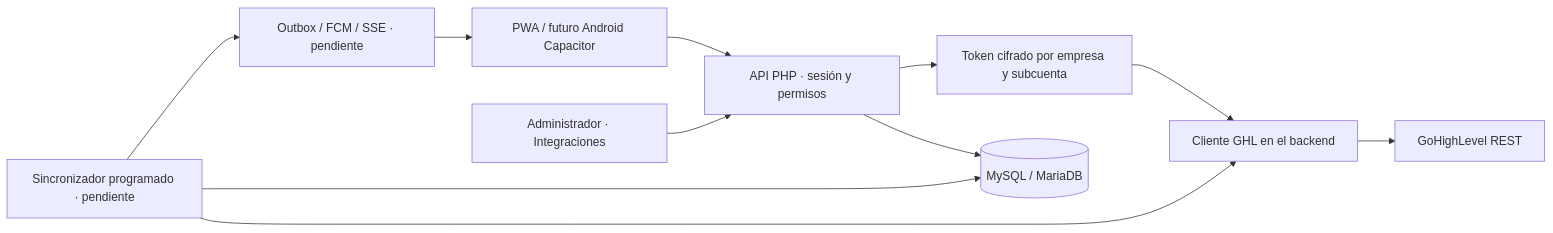
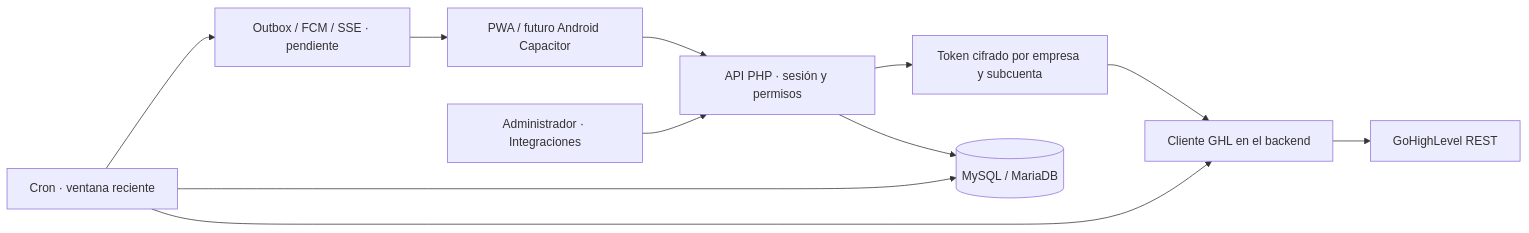
One commit to santpp/GPT changed the diagram in docs/architecture.md. Above: the diagram before and after it, drawn with Mermaid. The commit also changed other lines of this file and 27 other files, not shown here.

````diff
--- a/docs/architecture.md
+++ b/docs/architecture.md
@@ -9,13 +9,13 @@
 ```mermaid
 flowchart LR
   A[PWA / futuro Android Capacitor] --> B[API PHP · sesión y permisos]
   B --> D[(MySQL / MariaDB)]
   ADM[Administrador · Integraciones] --> B
   B --> V[Token cifrado por empresa y subcuenta]
   V --> G[Cliente GHL en el backend]
   G --> H[GoHighLevel REST]
-  S[Sincronizador programado · pendiente] --> G
+  S[Cron · ventana reciente] --> G
   S --> D
   S --> N[Outbox / FCM / SSE · pendiente]
   N --> A
 ```
````
